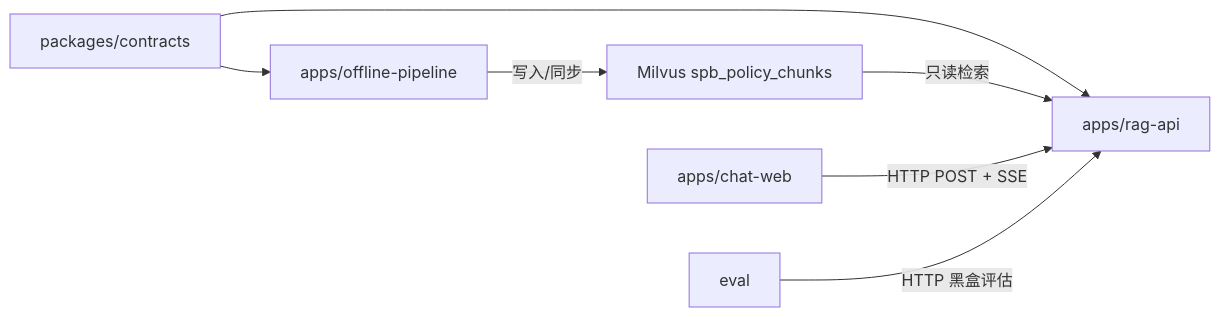
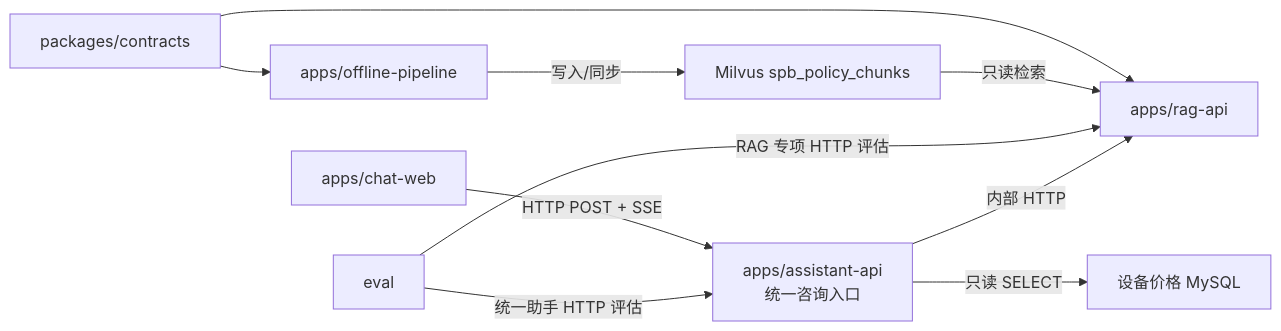
One commit to wwbotww/Intern26-spb changed the first of 2 diagrams in docs/workspace-architecture.md. Above: the diagram before and after it, drawn with Mermaid. The commit also changed other lines of this file and 91 other files, not shown here.

````diff
--- a/docs/workspace-architecture.md
+++ b/docs/workspace-architecture.md
@@ -9,9 +9,13 @@
 ```mermaid
 flowchart LR
     C["packages/contracts"] --> O["apps/offline-pipeline"]
     C --> R["apps/rag-api"]
     O -->|"写入/同步"| M["Milvus spb_policy_chunks"]
     M -->|"只读检索"| R
-    W["apps/chat-web"] -->|"HTTP POST + SSE"| R
-    E["eval"] -->|"HTTP 黑盒评估"| R
+    W["apps/chat-web"] -->|"HTTP POST + SSE"| A
+    E["eval"] -->|"RAG 专项 HTTP 评估"| R
+    E -->|"统一助手 HTTP 评估"| A
+    A["apps/assistant-api<br/>统一咨询入口"]
+    A -->|"内部 HTTP"| R
+    A -->|"只读 SELECT"| P["设备价格 MySQL"]
 ```
````
